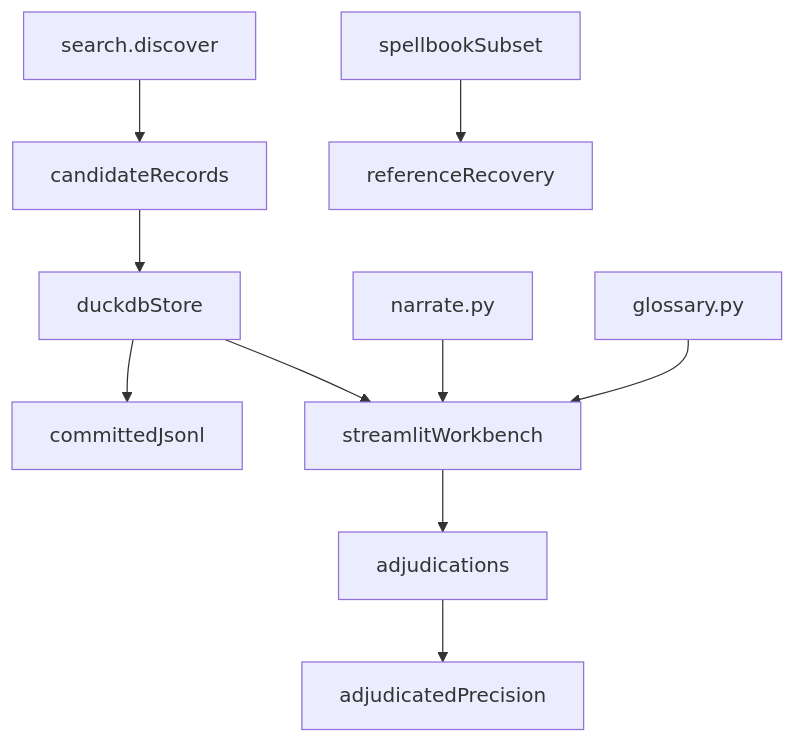
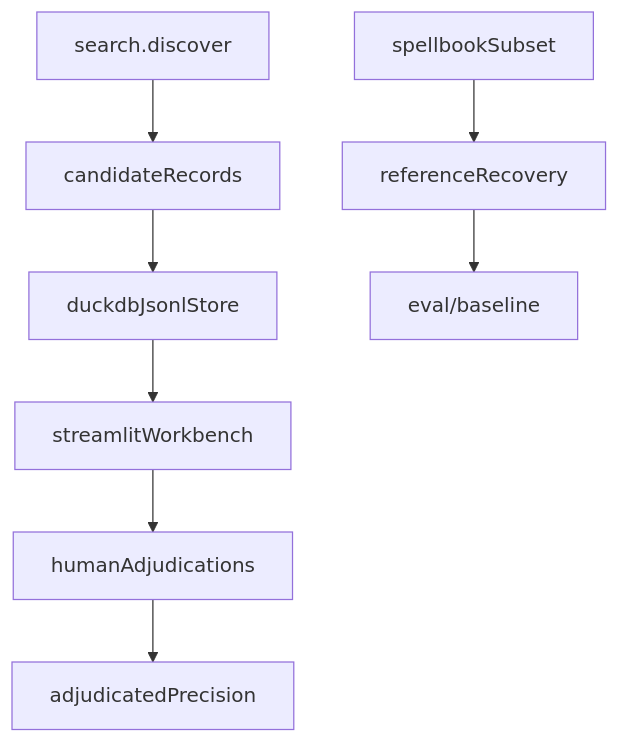
One commit to witzbeck/mtg-loop-engine changed the diagram in src/mtg_loop_engine/eval/README.md. Above: the diagram before and after it, drawn with Mermaid. The commit also changed other lines of this file and 65 other files, not shown here.

````diff
--- a/src/mtg_loop_engine/eval/README.md
+++ b/src/mtg_loop_engine/eval/README.md
@@ -9,12 +13,10 @@
 ```mermaid
 graph TB;
-  discover[search.discover] --> candidates[candidateRecords];
-  candidates --> duck[duckdbStore];
-  duck --> jsonl[committedJsonl];
-  duck --> workbench[streamlitWorkbench];
-  workbench --> adj[adjudications];
+  discover[search.discover] --> records[candidateRecords];
+  records --> store[duckdbJsonlStore];
+  store --> workbench[streamlitWorkbench];
+  workbench --> adj[humanAdjudications];
+  adj --> precision[adjudicatedPrecision];
   spellbook[spellbookSubset] --> recovery[referenceRecovery];
-  adj --> precision[adjudicatedPrecision];
-  narrate[narrate.py] --> workbench;
-  glossary[glossary.py] --> workbench;
+  recovery --> baseline[eval/baseline];
 ```
````
